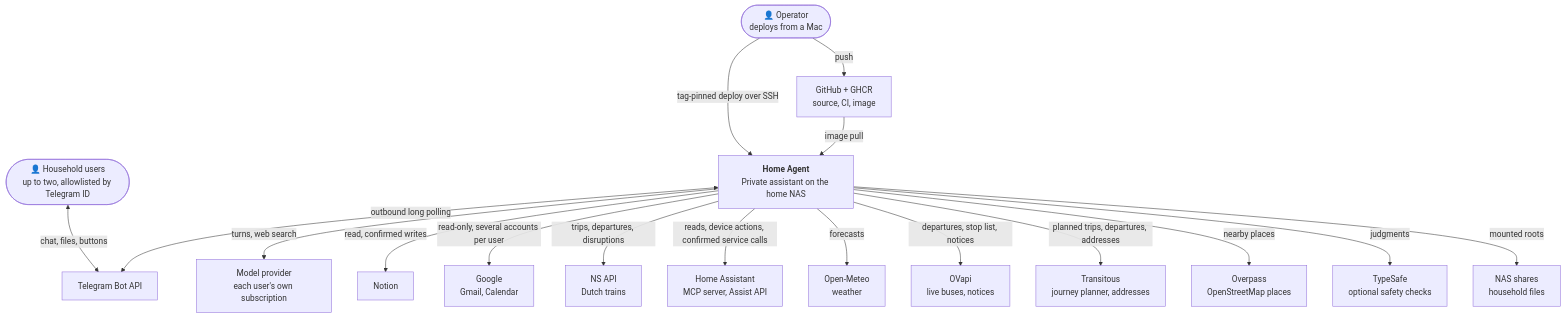
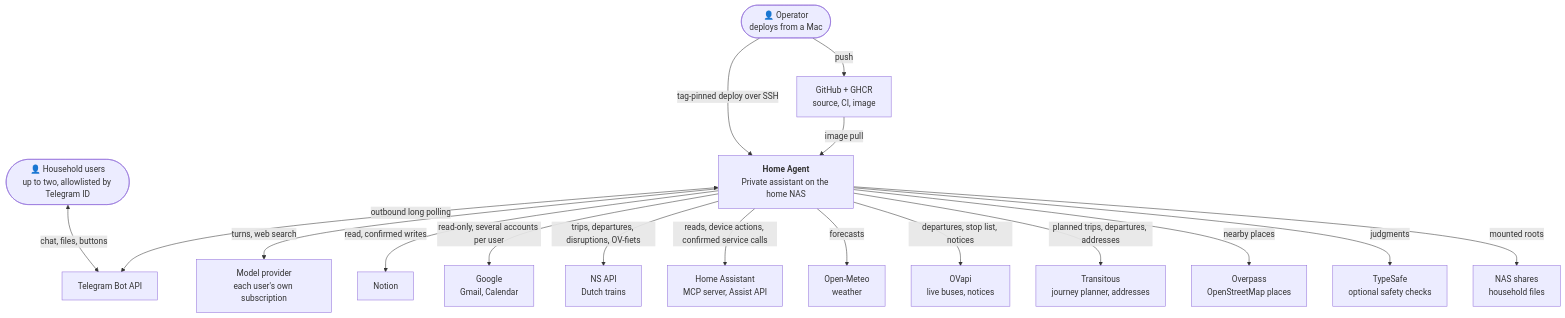
One commit to vladar107/home-ai-assistant changed the first of 3 diagrams in docs/architecture.md. Above: the diagram before and after it, drawn with Mermaid. The commit also changed 10 other files, not shown here.

````diff
--- a/docs/architecture.md
+++ b/docs/architecture.md
@@ -9,38 +9,38 @@
 ```mermaid
 flowchart TB
     users(["👤 Household users<br/>up to two, allowlisted by Telegram ID"])
     operator(["👤 Operator<br/>deploys from a Mac"])
 
     agent["<b>Home Agent</b><br/>Private assistant on the home NAS"]
 
     telegram["Telegram Bot API"]
     model["Model provider<br/>each user's own subscription"]
     notion["Notion"]
     google["Google<br/>Gmail, Calendar"]
     ns["NS API<br/>Dutch trains"]
     ha["Home Assistant<br/>MCP server, Assist API"]
     meteo["Open-Meteo<br/>weather"]
     ovapi["OVapi<br/>live buses, notices"]
     transitous["Transitous<br/>journey planner, addresses"]
     overpass["Overpass<br/>OpenStreetMap places"]
     typesafe["TypeSafe<br/>optional safety checks"]
     nasfiles["NAS shares<br/>household files"]
     ghcr["GitHub + GHCR<br/>source, CI, image"]
 
     users <-->|chat, files, buttons| telegram
     agent <-->|outbound long polling| telegram
     agent -->|turns, web search| model
     agent -->|read, confirmed writes| notion
     agent -->|read-only, several accounts per user| google
-    agent -->|trips, departures, disruptions| ns
+    agent -->|trips, departures, disruptions, OV-fiets| ns
     agent -->|reads, device actions, confirmed service calls| ha
     agent -->|forecasts| meteo
     agent -->|departures, stop list, notices| ovapi
     agent -->|planned trips, departures, addresses| transitous
     agent -->|nearby places| overpass
     agent -->|judgments| typesafe
     agent -->|mounted roots| nasfiles
     operator -->|push| ghcr
     operator -->|tag-pinned deploy over SSH| agent
     ghcr -->|image pull| agent
 ```
````
